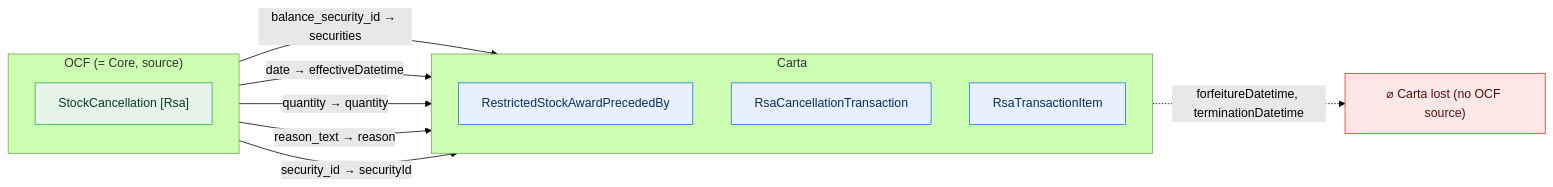
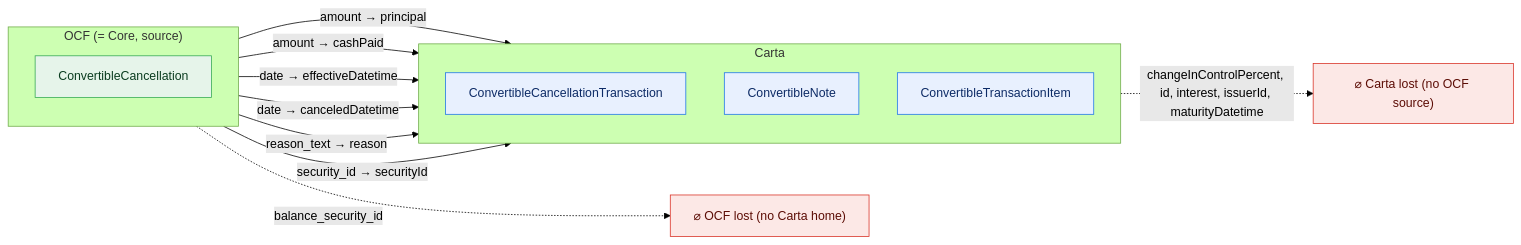
Diagram 20 of 50 in docs/core-bidirectional-flow.md (Open-Cap-Table-Coalition/OCF-Composed-Schemas), drawn with Mermaid (forest theme) before and after one commit. The commit also changed other lines of this file and 33 other files, not shown here.

````diff
--- a/docs/core-bidirectional-flow.md
+++ b/docs/core-bidirectional-flow.md
@@ -691,24 +857,27 @@
 ```mermaid
 flowchart LR
   classDef adm fill:#e6f4ea,stroke:#34a853,color:#0b3d20;
   classDef notadm fill:#f1f3f4,stroke:#9aa0a6,color:#5f6368,stroke-dasharray:4 3;
   classDef carta fill:#e8f0fe,stroke:#1a73e8,color:#0d2b66;
   classDef lost fill:#fce8e6,stroke:#d93025,color:#5c0d06;
   subgraph SRC["OCF (= Core, source)"]
     direction TB
-    o0["StockCancellation [Rsa]"]:::adm
+    o0["ConvertibleCancellation"]:::adm
   end
   subgraph TGT["Carta"]
     direction TB
-    t0["RestrictedStockAwardPrecededBy"]:::carta
-    t1["RsaCancellationTransaction"]:::carta
-    t2["RsaTransactionItem"]:::carta
+    t0["ConvertibleCancellationTransaction"]:::carta
+    t1["ConvertibleNote"]:::carta
+    t2["ConvertibleTransactionItem"]:::carta
   end
+  ocflost["⌀ OCF lost (no Carta home)"]:::lost
   cartalost["⌀ Carta lost (no OCF source)"]:::lost
-  o0 -->|"balance_security_id → securities"| t0
-  o0 -->|"date → effectiveDatetime"| t1
-  o0 -->|"quantity → quantity"| t1
-  o0 -->|"reason_text → reason"| t1
+  o0 -->|"amount → principal"| t0
+  o0 -->|"amount → cashPaid"| t1
+  o0 -->|"date → effectiveDatetime"| t0
+  o0 -->|"date → canceledDatetime"| t1
+  o0 -->|"reason_text → reason"| t0
   o0 -->|"security_id → securityId"| t2
-  t1 -.->|"forfeitureDatetime, terminationDatetime"| cartalost
+  o0 -.->|"balance_security_id"| ocflost
+  t1 -.->|"changeInControlPercent, id, interest, issuerId, maturityDatetime"| cartalost
 ```
````
